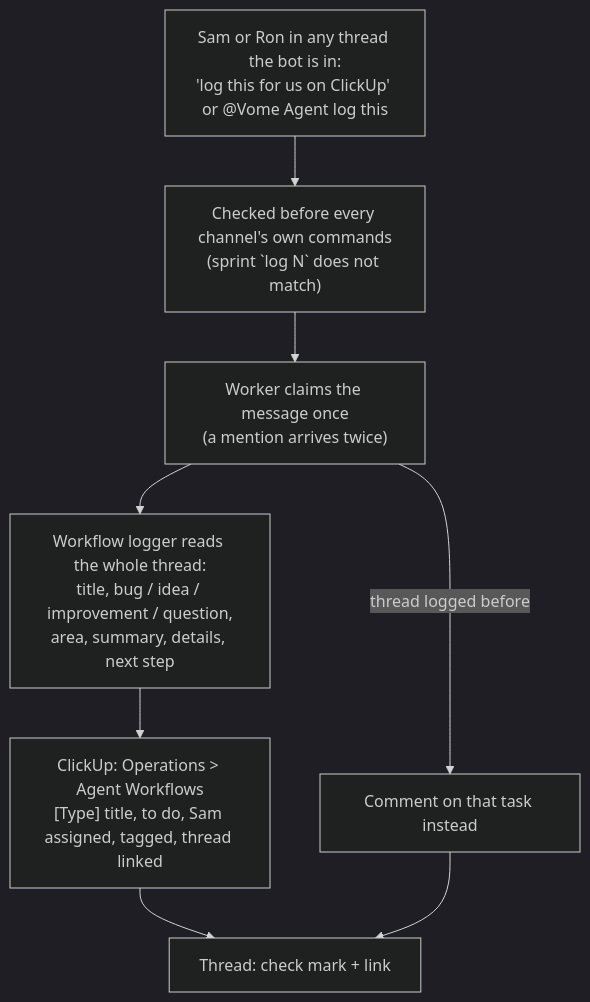
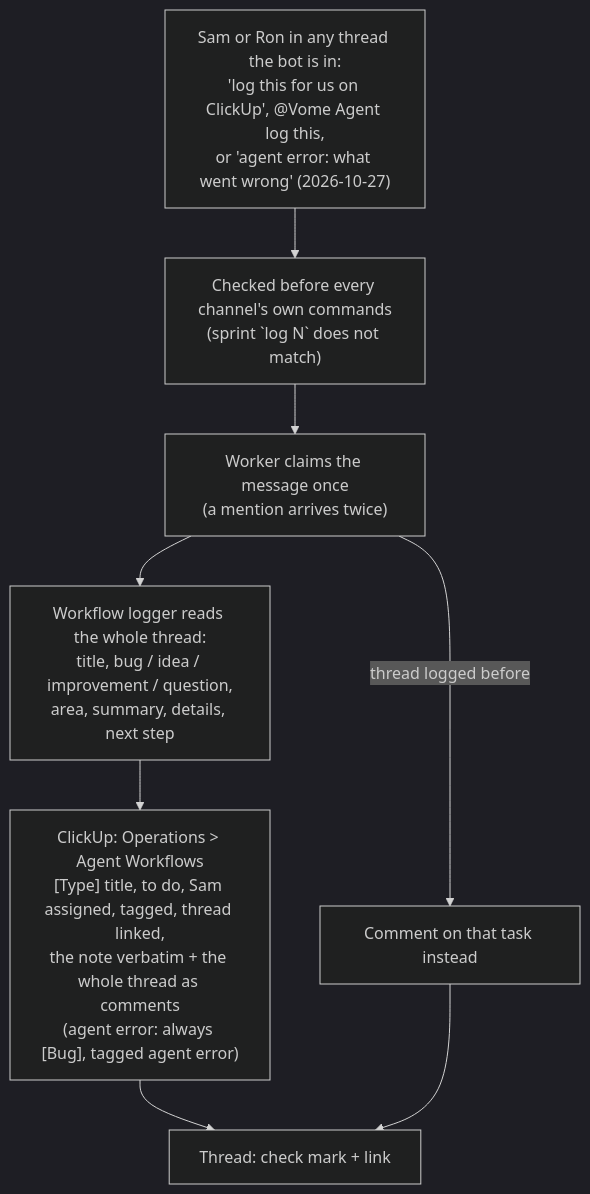
Before and after one commit to vomeadmin/vome-os: the tenth of 12 diagrams in WORKFLOWS.md, drawn with Mermaid (dark theme). The commit also changed other lines of this file and 4 other files, not shown here.

First line of the commit message:
Feature desk: several commands per reply, go all, one PR per request; agent error logging

````diff
--- a/WORKFLOWS.md
+++ b/WORKFLOWS.md
@@ -223,9 +225,9 @@
 ```mermaid
 flowchart TD
-  T["Sam or Ron in any thread the bot is in:<br/>'log this for us on ClickUp' or @Vome Agent log this"]:::built --> G["Checked before every channel's own commands<br/>(sprint `log N` does not match)"]:::built
+  T["Sam or Ron in any thread the bot is in:<br/>'log this for us on ClickUp', @Vome Agent log this,<br/>or 'agent error: what went wrong' (2026-10-27)"]:::built --> G["Checked before every channel's own commands<br/>(sprint `log N` does not match)"]:::built
   G --> W["Worker claims the message once<br/>(a mention arrives twice)"]:::built
   W --> L["Workflow logger reads the whole thread:<br/>title, bug / idea / improvement / question,<br/>area, summary, details, next step"]:::built
-  L --> C["ClickUp: Operations > Agent Workflows<br/>[Type] title, to do, Sam assigned, tagged, thread linked"]:::built
+  L --> C["ClickUp: Operations > Agent Workflows<br/>[Type] title, to do, Sam assigned, tagged, thread linked,<br/>the note verbatim + the whole thread as comments<br/>(agent error: always [Bug], tagged agent error)"]:::built
   W -->|thread logged before| CM["Comment on that task instead"]:::built
   C & CM --> R["Thread: check mark + link"]:::built
 ```
````
